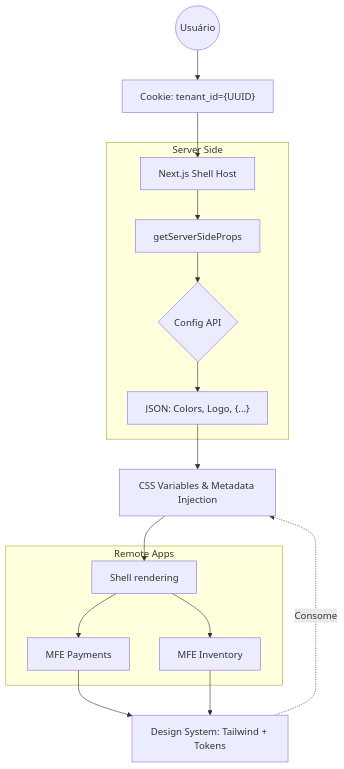
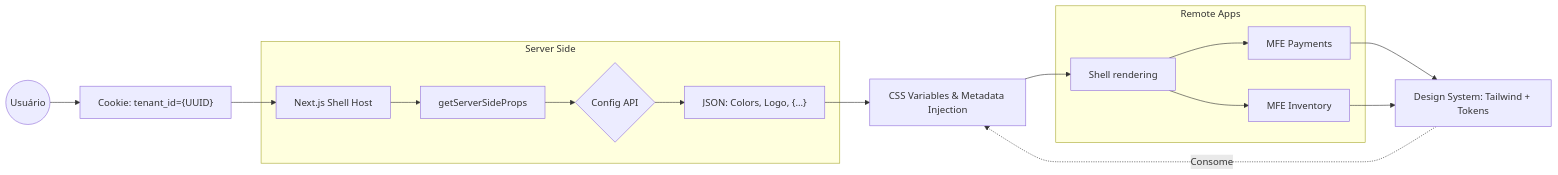
Before and after one commit to dmontone/mfe-monorepo: the diagram in README.md, drawn with Mermaid. The commit also changed other lines of this file, not shown here.

Commit message:
fix: chart orientation

````diff
--- a/README.md
+++ b/README.md
@@ -5,25 +5,25 @@
 ```mermaid
-flowchart TB
+flowchart LR
  subgraph SSR_Process["Server Side"]
         GetProps["getServerSideProps"]
         Shell["Next.js Shell Host"]
         ConfigAPI{"Config API"}
         Theme["JSON: Colors, Logo, {...}"]
   end
  subgraph Microfrontends["Remote Apps"]
         MFE_Payments["MFE Payments"]
         Render["Shell rendering"]
         MFE_Inventory["MFE Inventory"]
   end
     User(("Usuário")) --> Cookie["Cookie: tenant_id={UUID}"]
     Cookie --> Shell
     Shell --> GetProps
     GetProps --> ConfigAPI
     ConfigAPI --> Theme
     Theme --> CSSInject["CSS Variables & Metadata Injection"]
     CSSInject --> Render
     Render --> MFE_Payments & MFE_Inventory
     MFE_Payments --> SharedDS["Design System: Tailwind + Tokens"]
     MFE_Inventory --> SharedDS
     SharedDS -. Consome .-> CSSInject
 ```
````
